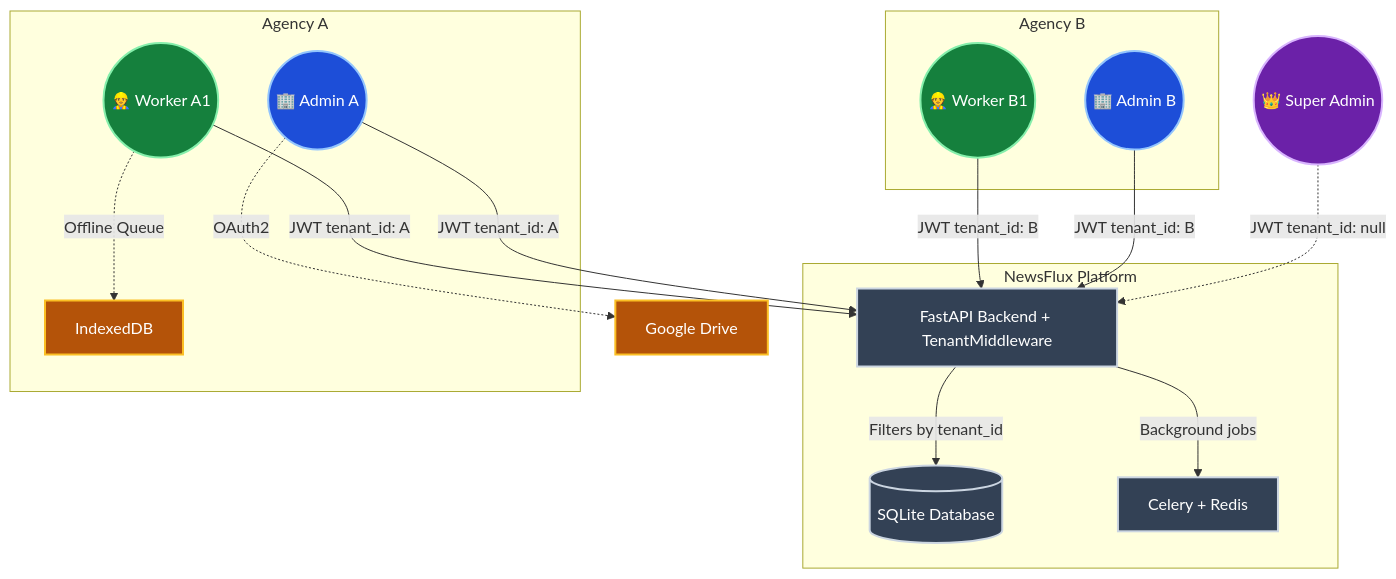
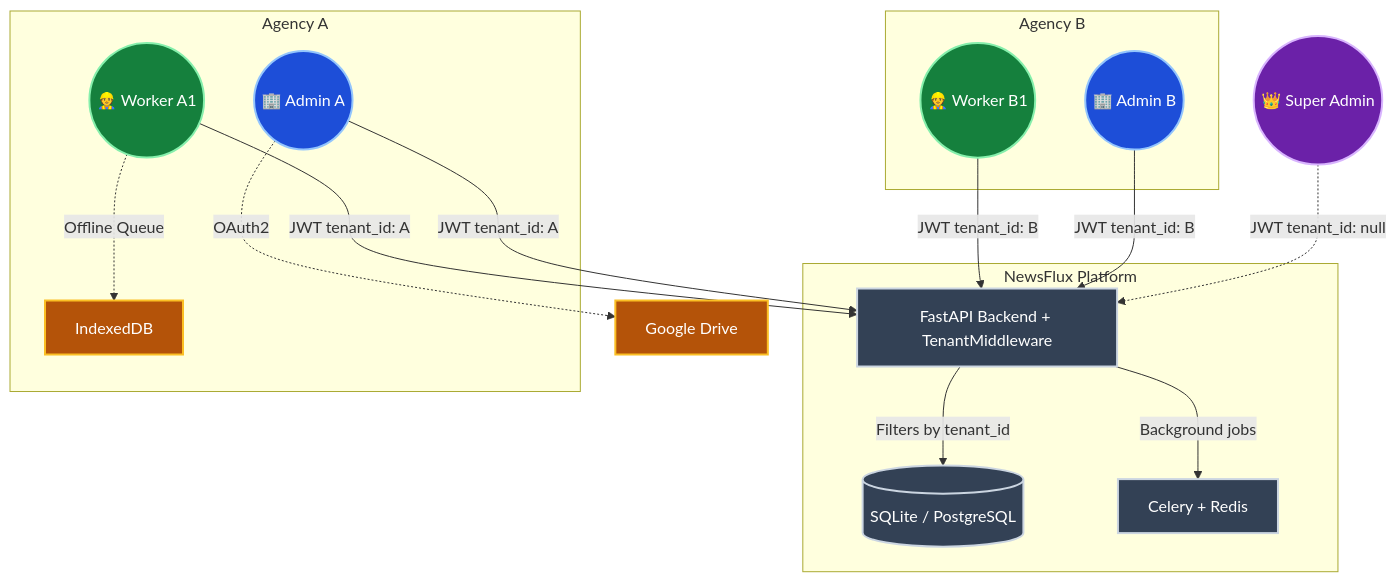
The first of 6 diagrams in docs/diagrams.md (Unitary-X/NewsFlux), drawn with Mermaid before and after one commit. The commit also changed other lines of this file and 11 other files, not shown here.

````diff
--- a/docs/diagrams.md
+++ b/docs/diagrams.md
@@ -11,37 +11,37 @@
 ```mermaid
 graph TD
     subgraph NewsFlux Platform
         API[FastAPI Backend + TenantMiddleware]
-        DB[(SQLite Database)]
+        DB[(SQLite / PostgreSQL)]
         Celery[Celery + Redis]
     end
 
     SA((👑 Super Admin)) -.->|JWT tenant_id: null| API
     
     subgraph Agency A
         AA((🏢 Admin A)) -->|JWT tenant_id: A| API
         WA1((👷 Worker A1)) -->|JWT tenant_id: A| API
         WA1 -.->|Offline Queue| IDB1[IndexedDB]
     end
     
     subgraph Agency B
         AB((🏢 Admin B)) -->|JWT tenant_id: B| API
         WB1((👷 Worker B1)) -->|JWT tenant_id: B| API
     end
 
     API -->|Filters by tenant_id| DB
     API -->|Background jobs| Celery
     AA -.->|OAuth2| GD[Google Drive]
     
     classDef superAdmin fill:#6b21a8,stroke:#d8b4fe,stroke-width:2px,color:#fff;
     classDef admin fill:#1d4ed8,stroke:#93c5fd,stroke-width:2px,color:#fff;
     classDef worker fill:#15803d,stroke:#86efac,stroke-width:2px,color:#fff;
     classDef system fill:#334155,stroke:#cbd5e1,stroke-width:2px,color:#fff;
     classDef storage fill:#b45309,stroke:#fbbf24,stroke-width:2px,color:#fff;
     
     class SA superAdmin;
     class AA,AB admin;
     class WA1,WB1 worker;
     class API,DB,Celery system;
     class IDB1,GD storage;
 ```
````
